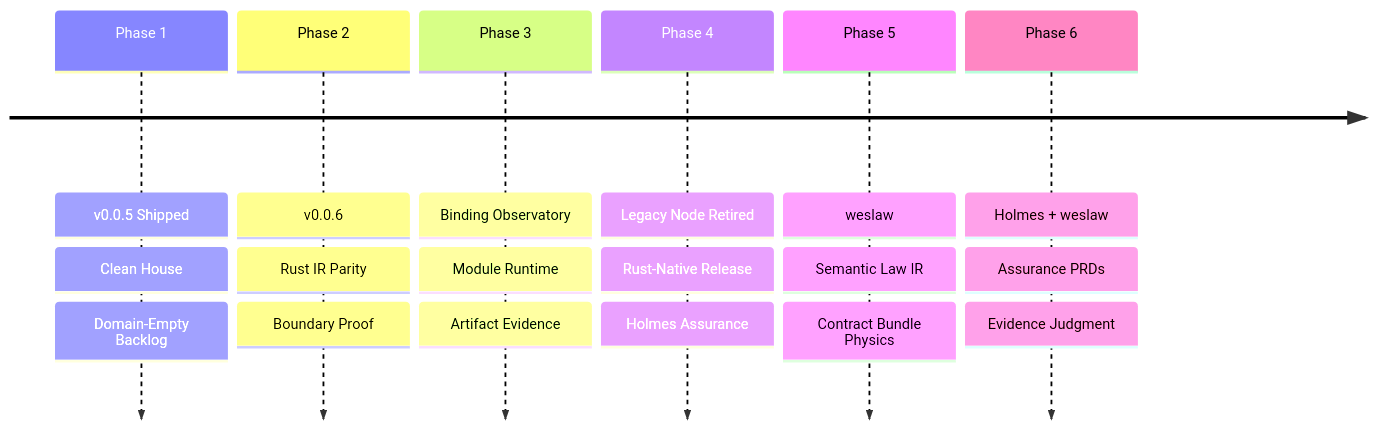
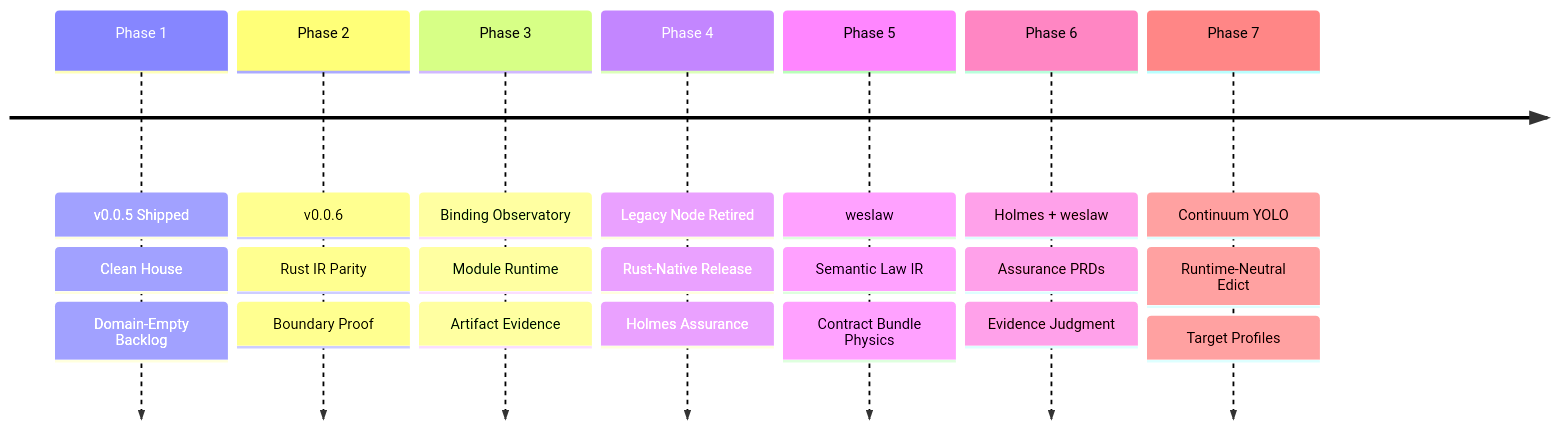
One commit to flyingrobots/wesley changed the diagram in docs/BEARING.md. Above: the diagram before and after it, drawn with Mermaid. The commit also changed other lines of this file and 2 other files, not shown here.

Commit message:
docs: add runtime-neutral Continuum Edict packet

````diff
--- a/docs/BEARING.md
+++ b/docs/BEARING.md
@@ -8,9 +8,10 @@
 ```mermaid
 timeline
     Phase 1 : v0.0.5 Shipped : Clean House : Domain-Empty Backlog
     Phase 2 : v0.0.6 : Rust IR Parity : Boundary Proof
     Phase 3 : Binding Observatory : Module Runtime : Artifact Evidence
     Phase 4 : Legacy Node Retired : Rust-Native Release : Holmes Assurance
     Phase 5 : weslaw : Semantic Law IR : Contract Bundle Physics
     Phase 6 : Holmes + weslaw : Assurance PRDs : Evidence Judgment
+    Phase 7 : Continuum YOLO : Runtime-Neutral Edict : Target Profiles
 ```
````
